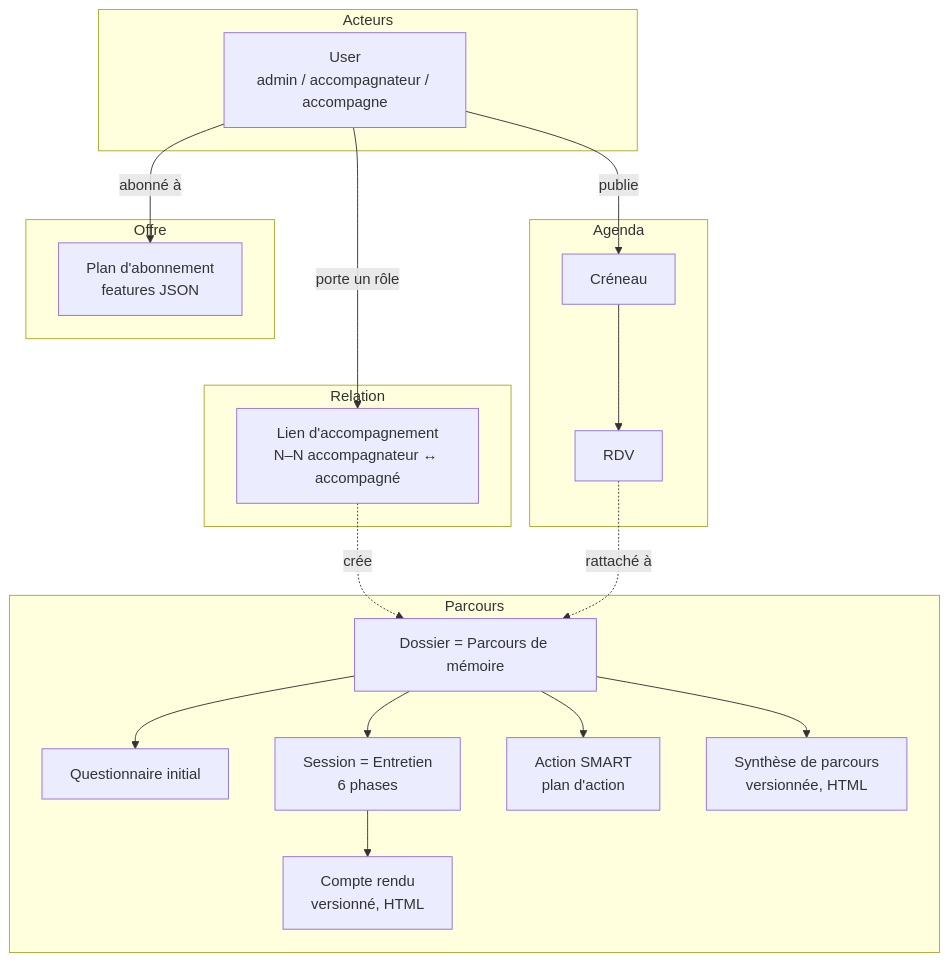
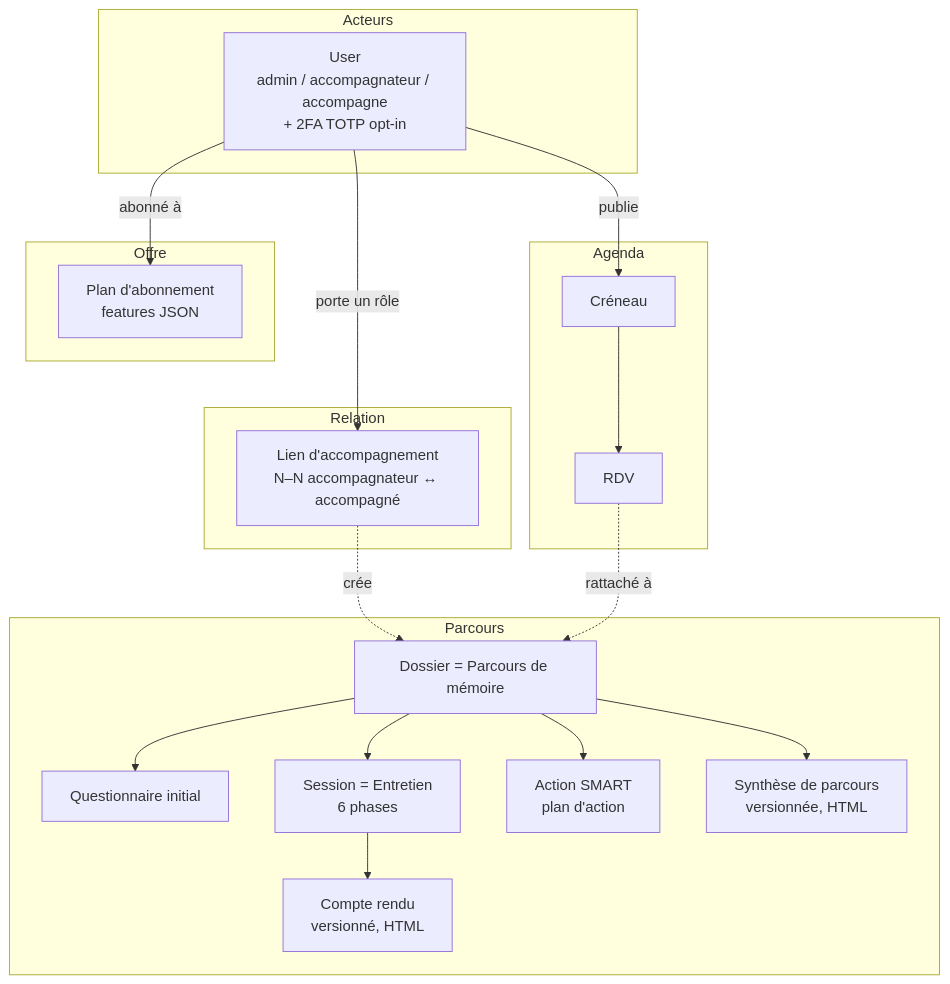
The first of 3 diagrams in app/api/src/wiki/content/data-architecture.md (melafrit/FAD130_accompagnement_pro), drawn with Mermaid before and after one commit. The commit also changed other lines of this file and 14 other files, not shown here.

````diff
--- a/app/api/src/wiki/content/data-architecture.md
+++ b/app/api/src/wiki/content/data-architecture.md
@@ -52,35 +52,35 @@
 ```mermaid
 flowchart TB
   subgraph Acteurs
-    U[User<br/>admin / accompagnateur / accompagne]
+    U[User<br/>admin / accompagnateur / accompagne<br/>+ 2FA TOTP opt-in]
   end
   subgraph Relation
     L[Lien d'accompagnement<br/>N–N accompagnateur ↔ accompagné]
   end
   subgraph Parcours
     D[Dossier = Parcours de mémoire]
     Q[Questionnaire initial]
     S[Session = Entretien<br/>6 phases]
     CR[Compte rendu<br/>versionné, HTML]
     A[Action SMART<br/>plan d'action]
     SY[Synthèse de parcours<br/>versionnée, HTML]
   end
   subgraph Agenda
     C[Créneau]
     R[RDV]
   end
   subgraph Offre
     P[Plan d'abonnement<br/>features JSON]
   end
   U -->|porte un rôle| L
   L -.->|crée| D
   U -->|abonné à| P
   D --> Q
   D --> S
   S --> CR
   D --> A
   D --> SY
   U -->|publie| C
   C --> R
   R -.->|rattaché à| D
 ```
````
